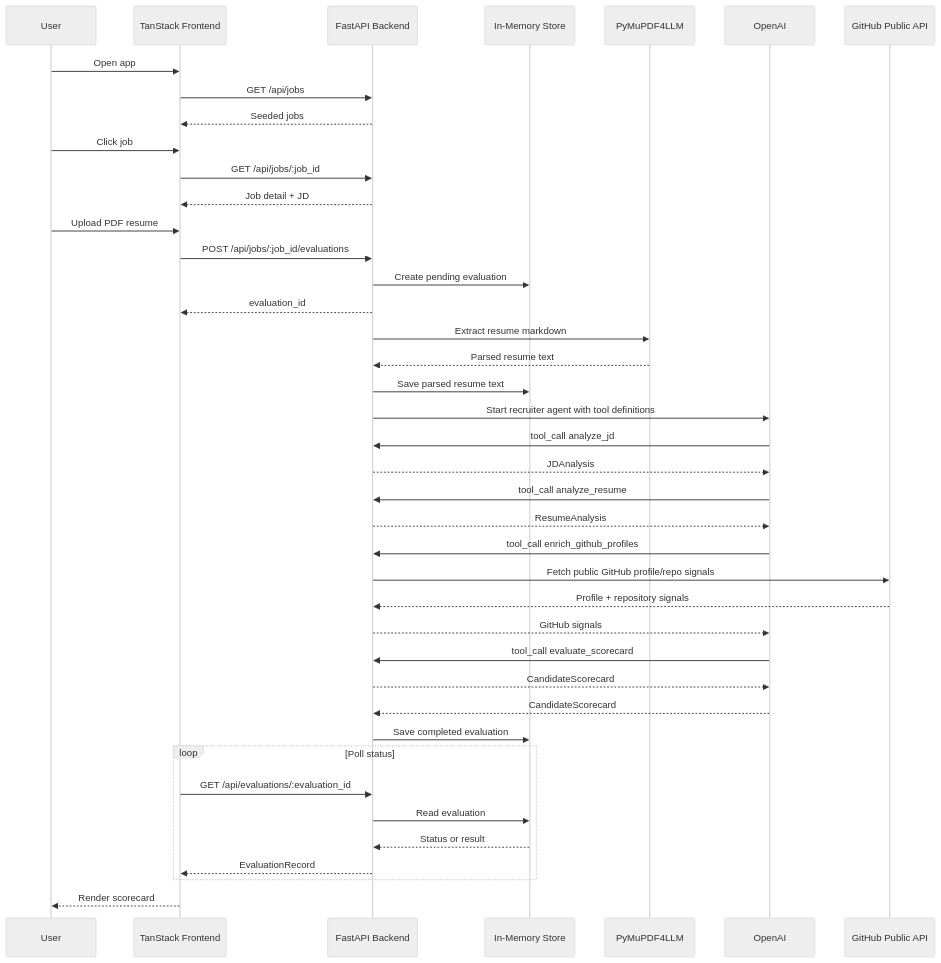
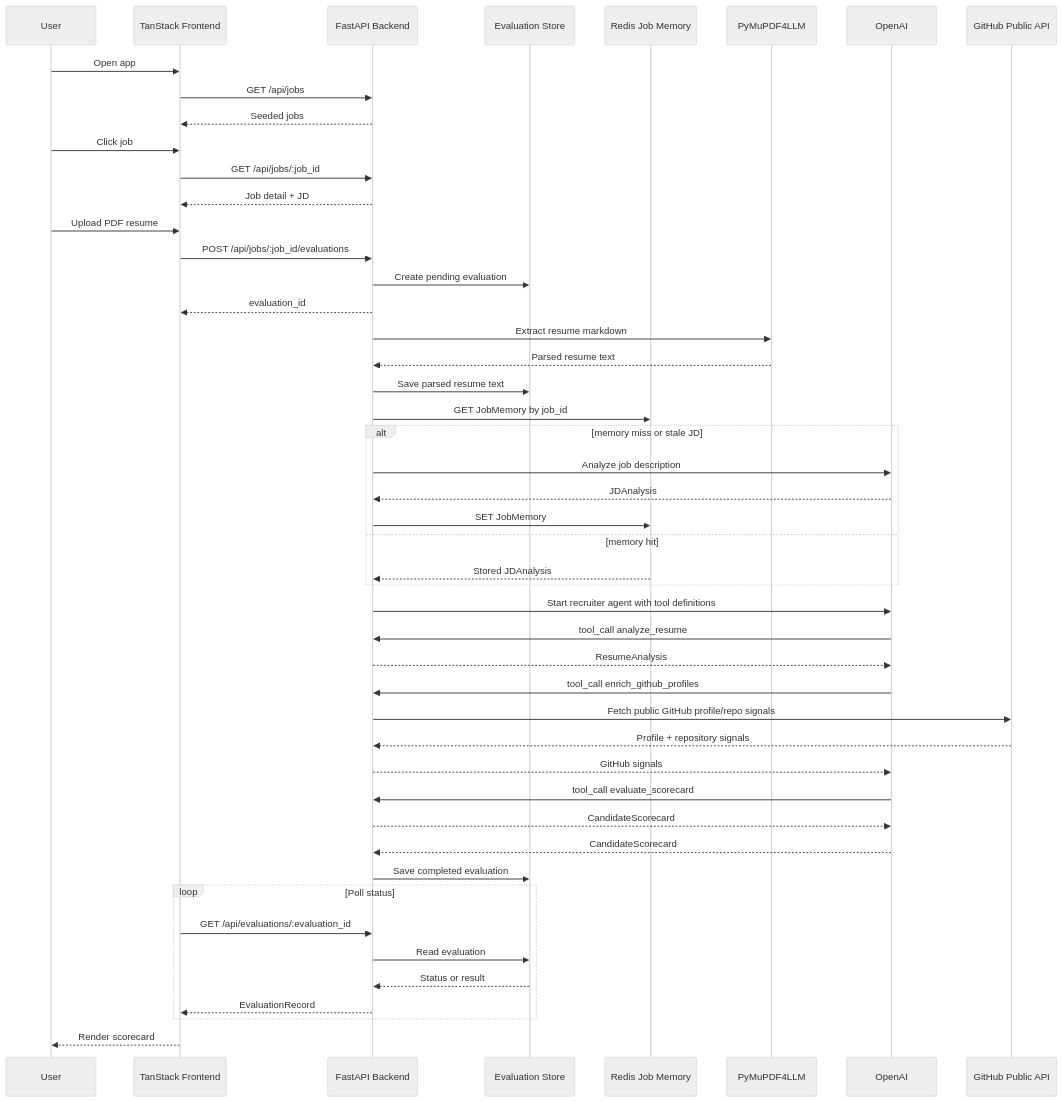
One commit to cs-siddhartha/fleet-recruiter-ai-agent changed the diagram in README.md. Above: the diagram before and after it, drawn with Mermaid (neutral theme). The commit also changed other lines of this file and 7 other files, not shown here.

Commit message:
feat(memory): add redis and indexation logic

````diff
--- a/README.md
+++ b/README.md
@@ -47,49 +88,57 @@
 ```mermaid
 sequenceDiagram
     participant User as User
     participant UI as TanStack Frontend
     participant API as FastAPI Backend
-    participant Store as In-Memory Store
+    participant Store as Evaluation Store
+    participant Redis as Redis Job Memory
     participant PDF as PyMuPDF4LLM
     participant LLM as OpenAI
     participant GH as GitHub Public API
 
     User->>UI: Open app
     UI->>API: GET /api/jobs
     API-->>UI: Seeded jobs
     User->>UI: Click job
     UI->>API: GET /api/jobs/:job_id
     API-->>UI: Job detail + JD
 
     User->>UI: Upload PDF resume
     UI->>API: POST /api/jobs/:job_id/evaluations
     API->>Store: Create pending evaluation
     API-->>UI: evaluation_id
 
     API->>PDF: Extract resume markdown
     PDF-->>API: Parsed resume text
     API->>Store: Save parsed resume text
 
+    API->>Redis: GET JobMemory by job_id
+    alt memory miss or stale JD
+        API->>LLM: Analyze job description
+        LLM-->>API: JDAnalysis
+        API->>Redis: SET JobMemory
+    else memory hit
+        Redis-->>API: Stored JDAnalysis
+    end
+
     API->>LLM: Start recruiter agent with tool definitions
-    LLM->>API: tool_call analyze_jd
-    API-->>LLM: JDAnalysis
     LLM->>API: tool_call analyze_resume
     API-->>LLM: ResumeAnalysis
     LLM->>API: tool_call enrich_github_profiles
     API->>GH: Fetch public GitHub profile/repo signals
     GH-->>API: Profile + repository signals
     API-->>LLM: GitHub signals
     LLM->>API: tool_call evaluate_scorecard
     API-->>LLM: CandidateScorecard
     LLM-->>API: CandidateScorecard
     API->>Store: Save completed evaluation
 
     loop Poll status
         UI->>API: GET /api/evaluations/:evaluation_id
         API->>Store: Read evaluation
         Store-->>API: Status or result
         API-->>UI: EvaluationRecord
     end
 
     UI-->>User: Render scorecard
 ```
````
